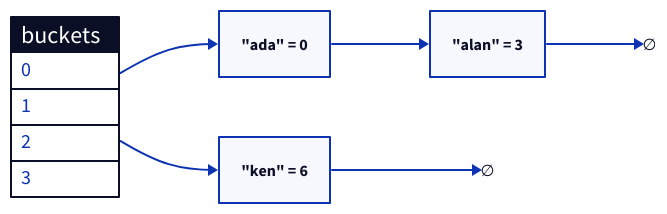
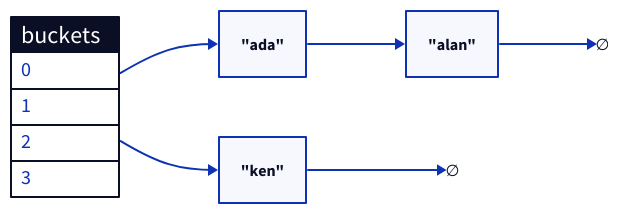
The first of 4 diagrams in courses/build-a-hashmap-c.md (michael-duren/rubber-duck), drawn with D2 before and after one commit. The commit also changed 6 other files, not shown here.

````diff
--- a/courses/build-a-hashmap-c.md
+++ b/courses/build-a-hashmap-c.md
@@ -235,17 +235,17 @@
 ```d2
 direction: right
 buckets: buckets {
   shape: sql_table
   "0"
   "1"
   "2"
   "3"
 }
-n1: "\"ada\" = 0"
-n3: "\"alan\" = 3"
-n2: "\"ken\" = 6"
+n1: "\"ada\""
+n3: "\"alan\""
+n2: "\"ken\""
 buckets."3" -> n1 -> n3 -> x1
 buckets."1" -> n2 -> x2
 x1: "∅" { shape: text }
 x2: "∅" { shape: text }
 ```
````
